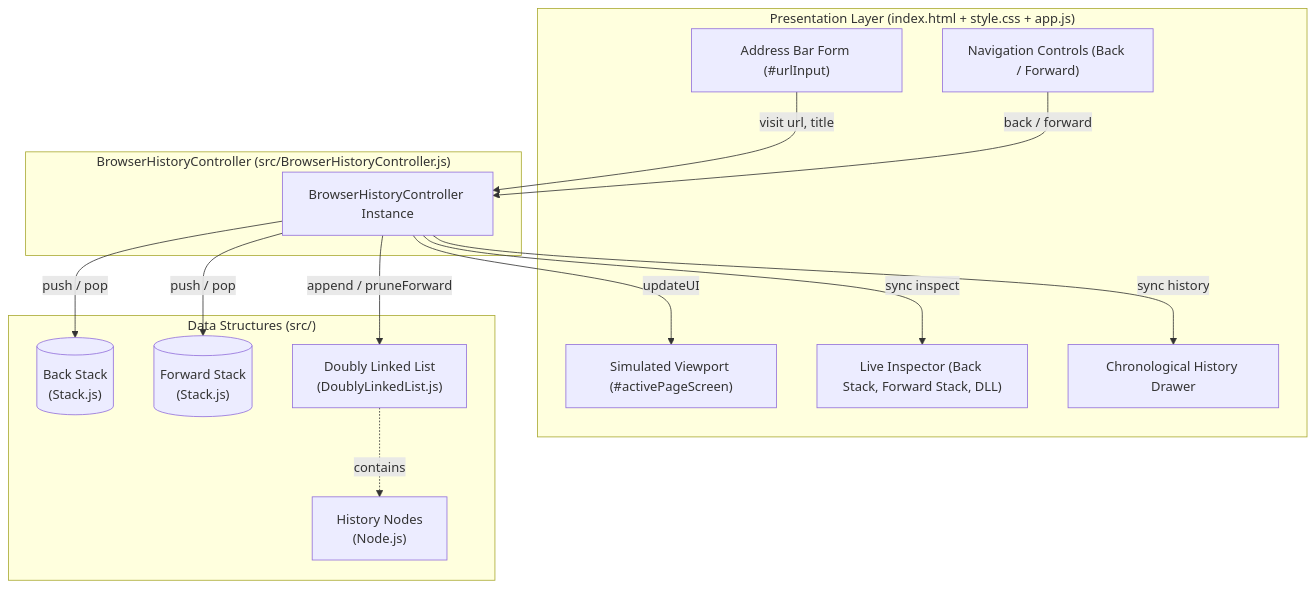
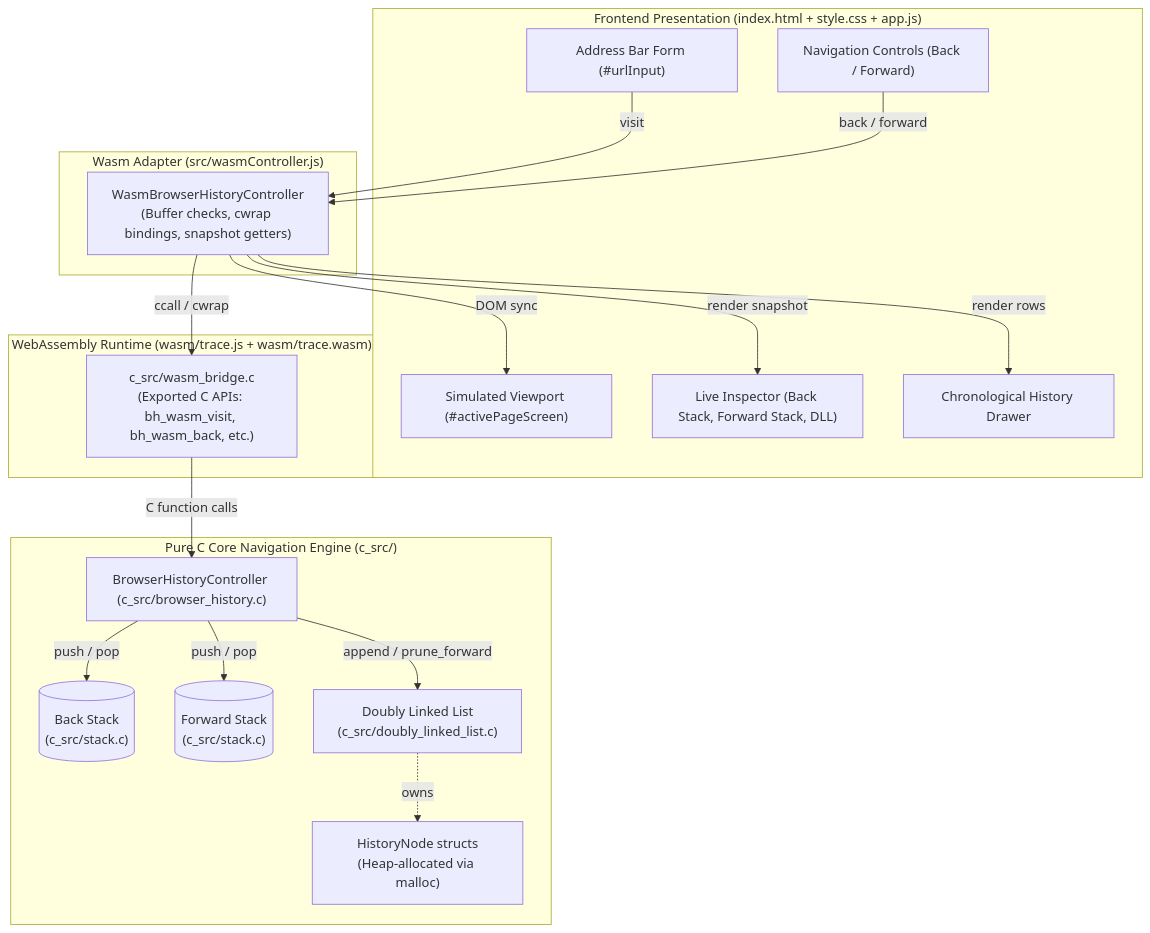
The diagram in README.md (Gautam18Vk/trace-browser-history-simulator), drawn with Mermaid before and after one commit. The commit also changed other lines of this file and 25 other files, not shown here.

Commit message:
Migrate Trace data structures to C with WebAssembly

````diff
--- a/README.md
+++ b/README.md
@@ -60,31 +82,38 @@
 ```mermaid
 flowchart TD
-    subgraph UI ["Presentation Layer (index.html + style.css + app.js)"]
+    subgraph UI ["Frontend Presentation (index.html + style.css + app.js)"]
         AddressBar["Address Bar Form (#urlInput)"]
         NavButtons["Navigation Controls (Back / Forward)"]
         Viewport["Simulated Viewport (#activePageScreen)"]
         Inspector["Live Inspector (Back Stack, Forward Stack, DLL)"]
         HistoryDrawer["Chronological History Drawer"]
     end
 
-    subgraph Controller ["BrowserHistoryController (src/BrowserHistoryController.js)"]
-        BHC["BrowserHistoryController Instance"]
+    subgraph Adapter ["Wasm Adapter (src/wasmController.js)"]
+        AdapterClass["WasmBrowserHistoryController<br/>(Buffer checks, cwrap bindings, snapshot getters)"]
     end
 
-    subgraph DS ["Data Structures (src/)"]
-        BS[("Back Stack<br/>(Stack.js)")]
-        FS[("Forward Stack<br/>(Stack.js)")]
-        DLL["Doubly Linked List<br/>(DoublyLinkedList.js)"]
-        Nodes["History Nodes<br/>(Node.js)"]
+    subgraph WasmBridge ["WebAssembly Runtime (wasm/trace.js + wasm/trace.wasm)"]
+        CBridge["c_src/wasm_bridge.c<br/>(Exported C APIs: bh_wasm_visit, bh_wasm_back, etc.)"]
     end
 
-    AddressBar -->|visit url, title| BHC
-    NavButtons -->|back / forward| BHC
+    subgraph CEngine ["Pure C Core Navigation Engine (c_src/)"]
+        BHC["BrowserHistoryController (c_src/browser_history.c)"]
+        BS[("Back Stack<br/>(c_src/stack.c)")]
+        FS[("Forward Stack<br/>(c_src/stack.c)")]
+        DLL["Doubly Linked List<br/>(c_src/doubly_linked_list.c)"]
+        Nodes["HistoryNode structs<br/>(Heap-allocated via malloc)"]
+    end
+
+    AddressBar -->|visit| AdapterClass
+    NavButtons -->|back / forward| AdapterClass
+    AdapterClass -->|ccall / cwrap| CBridge
+    CBridge -->|C function calls| BHC
     BHC -->|push / pop| BS
     BHC -->|push / pop| FS
-    BHC -->|append / pruneForward| DLL
-    DLL -.->|contains| Nodes
-    BHC -->|updateUI| Viewport
-    BHC -->|sync inspect| Inspector
-    BHC -->|sync history| HistoryDrawer
+    BHC -->|append / prune_forward| DLL
+    DLL -.->|owns| Nodes
+    AdapterClass -->|DOM sync| Viewport
+    AdapterClass -->|render snapshot| Inspector
+    AdapterClass -->|render rows| HistoryDrawer
 ```
````
